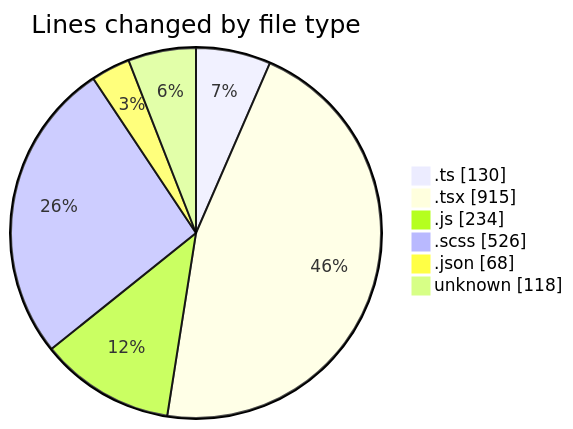
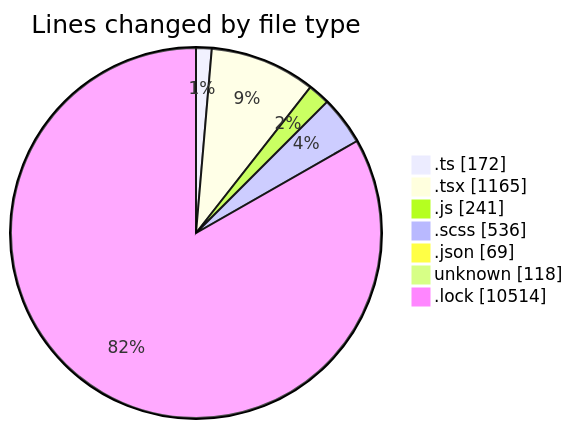
Before and after one commit to momahboobian/code-tracking: the first of 2 diagrams in 2026-05-08/cda/README.md, drawn with Mermaid. The commit also changed other lines of this file and 1 other file, not shown here.

````diff
--- a/2026-05-08/cda/README.md
+++ b/2026-05-08/cda/README.md
@@ -39,10 +42,11 @@
 ```mermaid
 pie showData
 title Lines changed by file type
-".ts" : 130
-".tsx" : 915
-".js" : 234
-".scss" : 526
-".json" : 68
+".ts" : 172
+".tsx" : 1165
+".js" : 241
+".scss" : 536
+".json" : 69
 "unknown" : 118
+".lock" : 10514
 ```
````
